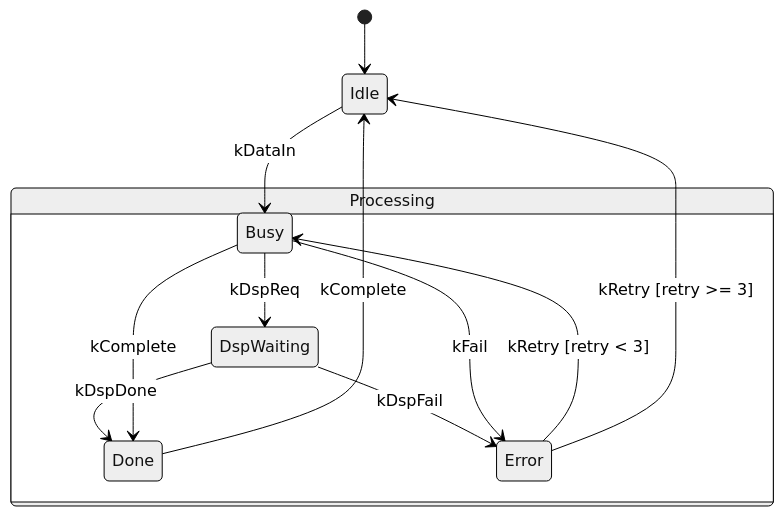
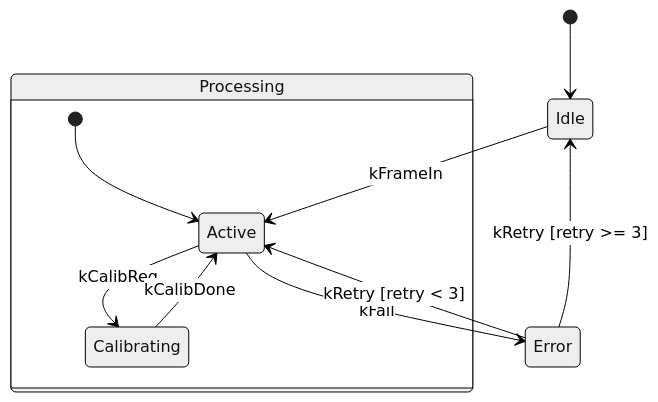
Before and after one commit to DeguiLiu/tech-notes: the second of 2 diagrams in content/posts/architecture/lidar_pipeline_newosp.md, drawn with Mermaid (neutral theme). The commit also changed other lines of this file and 1 other file, not shown here.

````diff
--- a/content/posts/architecture/lidar_pipeline_newosp.md
+++ b/content/posts/architecture/lidar_pipeline_newosp.md
@@ -335,17 +334,15 @@
 ```mermaid
 stateDiagram-v2
     [*] --> Idle
 
     state Processing {
-        Busy --> DspWaiting : kDspReq
-        DspWaiting --> Done : kDspDone
-        DspWaiting --> Error : kDspFail
-        Busy --> Done : kComplete
-        Busy --> Error : kFail
+        [*] --> Active
+        Active --> Calibrating : kCalibReq
+        Calibrating --> Active : kCalibDone
     }
 
-    Idle --> Busy : kDataIn
-    Done --> Idle : kComplete
-    Error --> Busy : kRetry [retry < 3]
+    Idle --> Active : kFrameIn
+    Active --> Error : kFail
+    Error --> Active : kRetry [retry < 3]
     Error --> Idle : kRetry [retry >= 3]
 ```
````
